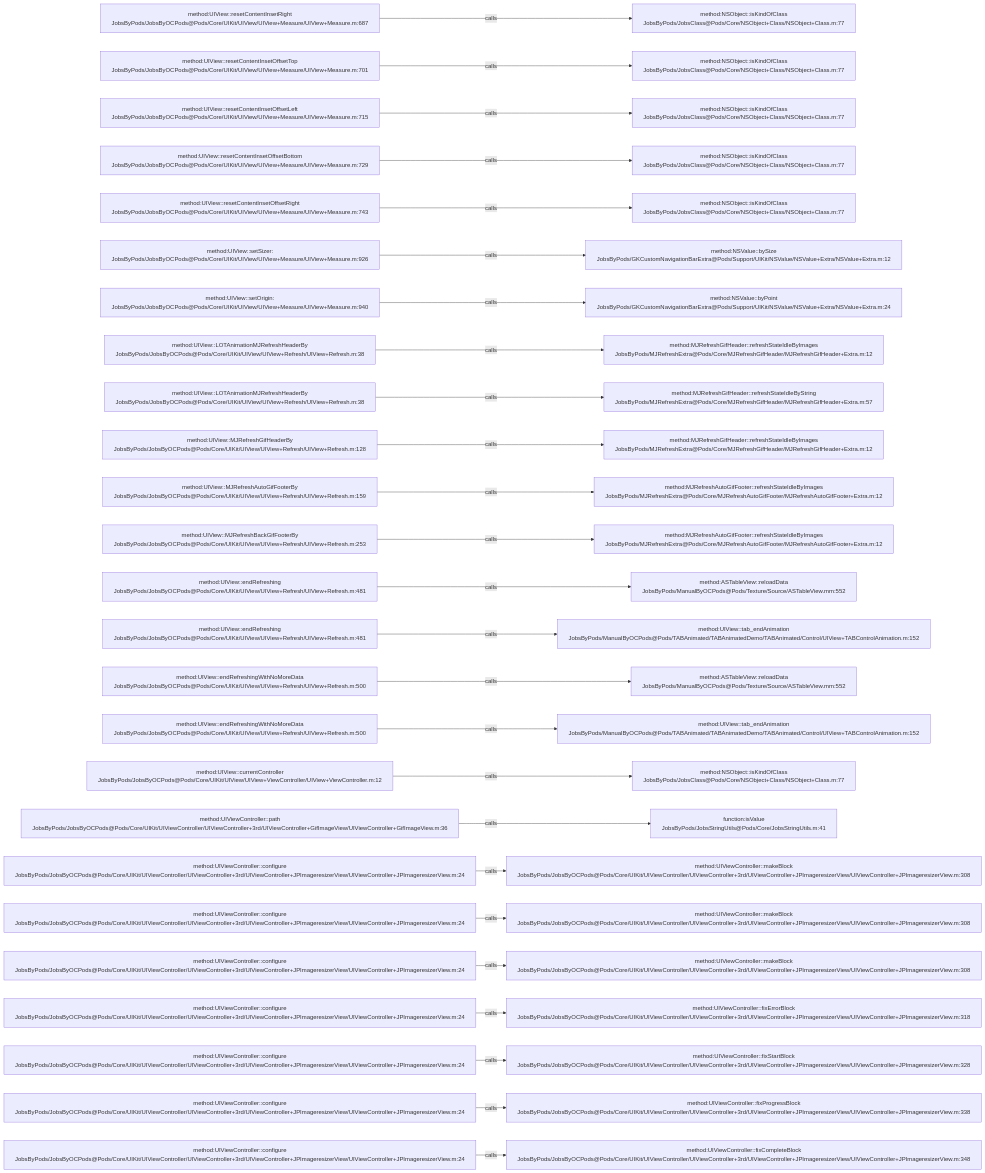
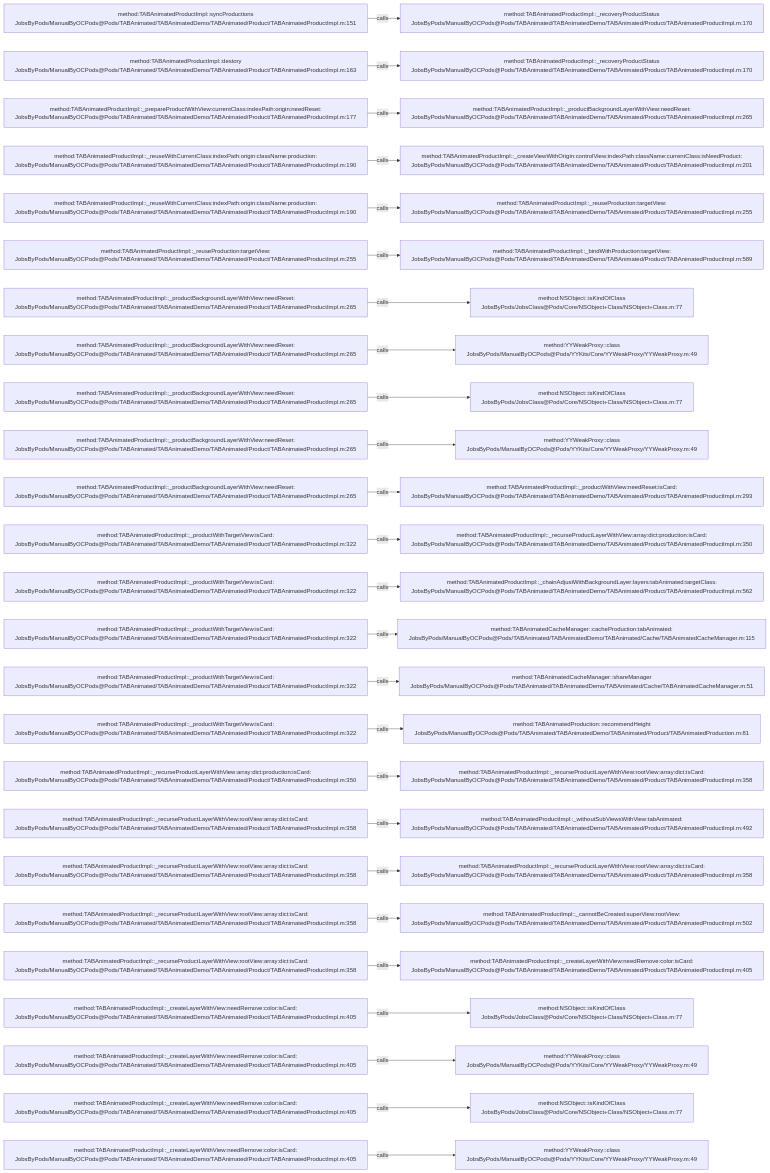
The diagram in .codegraph/codegraph.md/graphs/calls-043.md (JobsKits/JobsOCBaseConfigDemo), drawn with Mermaid before and after one commit. The commit also changed 2162 other files, not shown here.

````diff
--- a/.codegraph/codegraph.md/graphs/calls-043.md
+++ b/.codegraph/codegraph.md/graphs/calls-043.md
@@ -13,78 +13,78 @@
 ```mermaid
 flowchart LR
-  S1["method:UIView::resetContentInsetRight<br/>JobsByPods/JobsByOCPods@Pods/Core/UIKit/UIView/UIView+Measure/UIView+Measure.m:687"]
-  T1["method:NSObject::isKindOfClass<br/>JobsByPods/JobsClass@Pods/Core/NSObject+Class/NSObject+Class.m:77"]
+  S1["method:TABAnimatedProductImpl::syncProductions<br/>JobsByPods/ManualByOCPods@Pods/TABAnimated/TABAnimatedDemo/TABAnimated/Product/TABAnimatedProductImpl.m:151"]
+  T1["method:TABAnimatedProductImpl::_recoveryProductStatus<br/>JobsByPods/ManualByOCPods@Pods/TABAnimated/TABAnimatedDemo/TABAnimated/Product/TABAnimatedProductImpl.m:170"]
   S1 -->|calls| T1
-  S2["method:UIView::resetContentInsetOffsetTop<br/>JobsByPods/JobsByOCPods@Pods/Core/UIKit/UIView/UIView+Measure/UIView+Measure.m:701"]
-  T2["method:NSObject::isKindOfClass<br/>JobsByPods/JobsClass@Pods/Core/NSObject+Class/NSObject+Class.m:77"]
+  S2["method:TABAnimatedProductImpl::destory<br/>JobsByPods/ManualByOCPods@Pods/TABAnimated/TABAnimatedDemo/TABAnimated/Product/TABAnimatedProductImpl.m:163"]
+  T2["method:TABAnimatedProductImpl::_recoveryProductStatus<br/>JobsByPods/ManualByOCPods@Pods/TABAnimated/TABAnimatedDemo/TABAnimated/Product/TABAnimatedProductImpl.m:170"]
   S2 -->|calls| T2
-  S3["method:UIView::resetContentInsetOffsetLeft<br/>JobsByPods/JobsByOCPods@Pods/Core/UIKit/UIView/UIView+Measure/UIView+Measure.m:715"]
-  T3["method:NSObject::isKindOfClass<br/>JobsByPods/JobsClass@Pods/Core/NSObject+Class/NSObject+Class.m:77"]
+  S3["method:TABAnimatedProductImpl::_prepareProductWithView:currentClass:indexPath:origin:needReset:<br/>JobsByPods/ManualByOCPods@Pods/TABAnimated/TABAnimatedDemo/TABAnimated/Product/TABAnimatedProductImpl.m:177"]
+  T3["method:TABAnimatedProductImpl::_productBackgroundLayerWithView:needReset:<br/>JobsByPods/ManualByOCPods@Pods/TABAnimated/TABAnimatedDemo/TABAnimated/Product/TABAnimatedProductImpl.m:265"]
   S3 -->|calls| T3
-  S4["method:UIView::resetContentInsetOffsetBottom<br/>JobsByPods/JobsByOCPods@Pods/Core/UIKit/UIView/UIView+Measure/UIView+Measure.m:729"]
-  T4["method:NSObject::isKindOfClass<br/>JobsByPods/JobsClass@Pods/Core/NSObject+Class/NSObject+Class.m:77"]
+  S4["method:TABAnimatedProductImpl::_reuseWithCurrentClass:indexPath:origin:className:production:<br/>JobsByPods/ManualByOCPods@Pods/TABAnimated/TABAnimatedDemo/TABAnimated/Product/TABAnimatedProductImpl.m:190"]
+  T4["method:TABAnimatedProductImpl::_createViewWithOrigin:controlView:indexPath:className:currentClass:isNeedProduct:<br/>JobsByPods/ManualByOCPods@Pods/TABAnimated/TABAnimatedDemo/TABAnimated/Product/TABAnimatedProductImpl.m:201"]
   S4 -->|calls| T4
-  S5["method:UIView::resetContentInsetOffsetRight<br/>JobsByPods/JobsByOCPods@Pods/Core/UIKit/UIView/UIView+Measure/UIView+Measure.m:743"]
-  T5["method:NSObject::isKindOfClass<br/>JobsByPods/JobsClass@Pods/Core/NSObject+Class/NSObject+Class.m:77"]
+  S5["method:TABAnimatedProductImpl::_reuseWithCurrentClass:indexPath:origin:className:production:<br/>JobsByPods/ManualByOCPods@Pods/TABAnimated/TABAnimatedDemo/TABAnimated/Product/TABAnimatedProductImpl.m:190"]
+  T5["method:TABAnimatedProductImpl::_reuseProduction:targetView:<br/>JobsByPods/ManualByOCPods@Pods/TABAnimated/TABAnimatedDemo/TABAnimated/Product/TABAnimatedProductImpl.m:255"]
   S5 -->|calls| T5
-  S6["method:UIView::setSizer:<br/>JobsByPods/JobsByOCPods@Pods/Core/UIKit/UIView/UIView+Measure/UIView+Measure.m:926"]
-  T6["method:NSValue::bySize<br/>JobsByPods/GKCustomNavigationBarExtra@Pods/Support/UIKit/NSValue/NSValue+Extra/NSValue+Extra.m:12"]
+  S6["method:TABAnimatedProductImpl::_reuseProduction:targetView:<br/>JobsByPods/ManualByOCPods@Pods/TABAnimated/TABAnimatedDemo/TABAnimated/Product/TABAnimatedProductImpl.m:255"]
+  T6["method:TABAnimatedProductImpl::_bindWithProduction:targetView:<br/>JobsByPods/ManualByOCPods@Pods/TABAnimated/TABAnimatedDemo/TABAnimated/Product/TABAnimatedProductImpl.m:589"]
   S6 -->|calls| T6
-  S7["method:UIView::setOrigin:<br/>JobsByPods/JobsByOCPods@Pods/Core/UIKit/UIView/UIView+Measure/UIView+Measure.m:940"]
-  T7["method:NSValue::byPoint<br/>JobsByPods/GKCustomNavigationBarExtra@Pods/Support/UIKit/NSValue/NSValue+Extra/NSValue+Extra.m:24"]
+  S7["method:TABAnimatedProductImpl::_productBackgroundLayerWithView:needReset:<br/>JobsByPods/ManualByOCPods@Pods/TABAnimated/TABAnimatedDemo/TABAnimated/Product/TABAnimatedProductImpl.m:265"]
+  T7["method:NSObject::isKindOfClass<br/>JobsByPods/JobsClass@Pods/Core/NSObject+Class/NSObject+Class.m:77"]
   S7 -->|calls| T7
-  S8["method:UIView::LOTAnimationMJRefreshHeaderBy<br/>JobsByPods/JobsByOCPods@Pods/Core/UIKit/UIView/UIView+Refresh/UIView+Refresh.m:38"]
-  T8["method:MJRefreshGifHeader::refreshStateIdleByImages<br/>JobsByPods/MJRefreshExtra@Pods/Core/MJRefreshGifHeader/MJRefreshGifHeader+Extra.m:12"]
+  S8["method:TABAnimatedProductImpl::_productBackgroundLayerWithView:needReset:<br/>JobsByPods/ManualByOCPods@Pods/TABAnimated/TABAnimatedDemo/TABAnimated/Product/TABAnimatedProductImpl.m:265"]
+  T8["method:YYWeakProxy::class<br/>JobsByPods/ManualByOCPods@Pods/YYKits/Core/YYWeakProxy/YYWeakProxy.m:49"]
   S8 -->|calls| T8
-  S9["method:UIView::LOTAnimationMJRefreshHeaderBy<br/>JobsByPods/JobsByOCPods@Pods/Core/UIKit/UIView/UIView+Refresh/UIView+Refresh.m:38"]
-  T9["method:MJRefreshGifHeader::refreshStateIdleByString<br/>JobsByPods/MJRefreshExtra@Pods/Core/MJRefreshGifHeader/MJRefreshGifHeader+Extra.m:57"]
+  S9["method:TABAnimatedProductImpl::_productBackgroundLayerWithView:needReset:<br/>JobsByPods/ManualByOCPods@Pods/TABAnimated/TABAnimatedDemo/TABAnimated/Product/TABAnimatedProductImpl.m:265"]
+  T9["method:NSObject::isKindOfClass<br/>JobsByPods/JobsClass@Pods/Core/NSObject+Class/NSObject+Class.m:77"]
   S9 -->|calls| T9
-  S10["method:UIView::MJRefreshGifHeaderBy<br/>JobsByPods/JobsByOCPods@Pods/Core/UIKit/UIView/UIView+Refresh/UIView+Refresh.m:128"]
-  T10["method:MJRefreshGifHeader::refreshStateIdleByImages<br/>JobsByPods/MJRefreshExtra@Pods/Core/MJRefreshGifHeader/MJRefreshGifHeader+Extra.m:12"]
+  S10["method:TABAnimatedProductImpl::_productBackgroundLayerWithView:needReset:<br/>JobsByPods/ManualByOCPods@Pods/TABAnimated/TABAnimatedDemo/TABAnimated/Product/TABAnimatedProductImpl.m:265"]
+  T10["method:YYWeakProxy::class<br/>JobsByPods/ManualByOCPods@Pods/YYKits/Core/YYWeakProxy/YYWeakProxy.m:49"]
   S10 -->|calls| T10
-  S11["method:UIView::MJRefreshAutoGifFooterBy<br/>JobsByPods/JobsByOCPods@Pods/Core/UIKit/UIView/UIView+Refresh/UIView+Refresh.m:159"]
-  T11["method:MJRefreshAutoGifFooter::refreshStateIdleByImages<br/>JobsByPods/MJRefreshExtra@Pods/Core/MJRefreshAutoGifFooter/MJRefreshAutoGifFooter+Extra.m:12"]
+  S11["method:TABAnimatedProductImpl::_productBackgroundLayerWithView:needReset:<br/>JobsByPods/ManualByOCPods@Pods/TABAnimated/TABAnimatedDemo/TABAnimated/Product/TABAnimatedProductImpl.m:265"]
+  T11["method:TABAnimatedProductImpl::_productWithView:needReset:isCard:<br/>JobsByPods/ManualByOCPods@Pods/TABAnimated/TABAnimatedDemo/TABAnimated/Product/TABAnimatedProductImpl.m:293"]
   S11 -->|calls| T11
-  S12["method:UIView::MJRefreshBackGifFooterBy<br/>JobsByPods/JobsByOCPods@Pods/Core/UIKit/UIView/UIView+Refresh/UIView+Refresh.m:253"]
-  T12["method:MJRefreshAutoGifFooter::refreshStateIdleByImages<br/>JobsByPods/MJRefreshExtra@Pods/Core/MJRefreshAutoGifFooter/MJRefreshAutoGifFooter+Extra.m:12"]
+  S12["method:TABAnimatedProductImpl::_productWithTargetView:isCard:<br/>JobsByPods/ManualByOCPods@Pods/TABAnimated/TABAnimatedDemo/TABAnimated/Product/TABAnimatedProductImpl.m:322"]
+  T12["method:TABAnimatedProductImpl::_recurseProductLayerWithView:array:dict:production:isCard:<br/>JobsByPods/ManualByOCPods@Pods/TABAnimated/TABAnimatedDemo/TABAnimated/Product/TABAnimatedProductImpl.m:350"]
   S12 -->|calls| T12
-  S13["method:UIView::endRefreshing<br/>JobsByPods/JobsByOCPods@Pods/Core/UIKit/UIView/UIView+Refresh/UIView+Refresh.m:481"]
-  T13["method:ASTableView::reloadData<br/>JobsByPods/ManualByOCPods@Pods/Texture/Source/ASTableView.mm:552"]
+  S13["method:TABAnimatedProductImpl::_productWithTargetView:isCard:<br/>JobsByPods/ManualByOCPods@Pods/TABAnimated/TABAnimatedDemo/TABAnimated/Product/TABAnimatedProductImpl.m:322"]
+  T13["method:TABAnimatedProductImpl::_chainAdjustWithBackgroundLayer:layers:tabAnimated:targetClass:<br/>JobsByPods/ManualByOCPods@Pods/TABAnimated/TABAnimatedDemo/TABAnimated/Product/TABAnimatedProductImpl.m:562"]
   S13 -->|calls| T13
-  S14["method:UIView::endRefreshing<br/>JobsByPods/JobsByOCPods@Pods/Core/UIKit/UIView/UIView+Refresh/UIView+Refresh.m:481"]
-  T14["method:UIView::tab_endAnimation<br/>JobsByPods/ManualByOCPods@Pods/TABAnimated/TABAnimatedDemo/TABAnimated/Control/UIView+TABControlAnimation.m:152"]
+  S14["method:TABAnimatedProductImpl::_productWithTargetView:isCard:<br/>JobsByPods/ManualByOCPods@Pods/TABAnimated/TABAnimatedDemo/TABAnimated/Product/TABAnimatedProductImpl.m:322"]
+  T14["method:TABAnimatedCacheManager::cacheProduction:tabAnimated:<br/>JobsByPods/ManualByOCPods@Pods/TABAnimated/TABAnimatedDemo/TABAnimated/Cache/TABAnimatedCacheManager.m:115"]
   S14 -->|calls| T14
-  S15["method:UIView::endRefreshingWithNoMoreData<br/>JobsByPods/JobsByOCPods@Pods/Core/UIKit/UIView/UIView+Refresh/UIView+Refresh.m:500"]
-  T15["method:ASTableView::reloadData<br/>JobsByPods/ManualByOCPods@Pods/Texture/Source/ASTableView.mm:552"]
+  S15["method:TABAnimatedProductImpl::_productWithTargetView:isCard:<br/>JobsByPods/ManualByOCPods@Pods/TABAnimated/TABAnimatedDemo/TABAnimated/Product/TABAnimatedProductImpl.m:322"]
+  T15["method:TABAnimatedCacheManager::shareManager<br/>JobsByPods/ManualByOCPods@Pods/TABAnimated/TABAnimatedDemo/TABAnimated/Cache/TABAnimatedCacheManager.m:51"]
   S15 -->|calls| T15
-  S16["method:UIView::endRefreshingWithNoMoreData<br/>JobsByPods/JobsByOCPods@Pods/Core/UIKit/UIView/UIView+Refresh/UIView+Refresh.m:500"]
-  T16["method:UIView::tab_endAnimation<br/>JobsByPods/ManualByOCPods@Pods/TABAnimated/TABAnimatedDemo/TABAnimated/Control/UIView+TABControlAnimation.m:152"]
+  S16["method:TABAnimatedProductImpl::_productWithTargetView:isCard:<br/>JobsByPods/ManualByOCPods@Pods/TABAnimated/TABAnimatedDemo/TABAnimated/Product/TABAnimatedProductImpl.m:322"]
+  T16["method:TABAnimatedProduction::recommendHeight<br/>JobsByPods/ManualByOCPods@Pods/TABAnimated/TABAnimatedDemo/TABAnimated/Product/TABAnimatedProduction.m:81"]
   S16 -->|calls| T16
-  S17["method:UIView::currentController<br/>JobsByPods/JobsByOCPods@Pods/Core/UIKit/UIView/UIView+ViewController/UIView+ViewController.m:12"]
-  T17["method:NSObject::isKindOfClass<br/>JobsByPods/JobsClass@Pods/Core/NSObject+Class/NSObject+Class.m:77"]
+  S17["method:TABAnimatedProductImpl::_recurseProductLayerWithView:array:dict:production:isCard:<br/>JobsByPods/ManualByOCPods@Pods/TABAnimated/TABAnimatedDemo/TABAnimated/Product/TABAnimatedProductImpl.m:350"]
+  T17["method:TABAnimatedProductImpl::_recurseProductLayerWithView:rootView:array:dict:isCard:<br/>JobsByPods/ManualByOCPods@Pods/TABAnimated/TABAnimatedDemo/TABAnimated/Product/TABAnimatedProductImpl.m:358"]
   S17 -->|calls| T17
-  S18["method:UIViewController::path<br/>JobsByPods/JobsByOCPods@Pods/Core/UIKit/UIViewController/UIViewController+3rd/UIViewController+GifImageView/UIViewController+GifImageView.m:36"]
-  T18["function:isValue<br/>JobsByPods/JobsStringUtils@Pods/Core/JobsStringUtils.m:41"]
+  S18["method:TABAnimatedProductImpl::_recurseProductLayerWithView:rootView:array:dict:isCard:<br/>JobsByPods/ManualByOCPods@Pods/TABAnimated/TABAnimatedDemo/TABAnimated/Product/TABAnimatedProductImpl.m:358"]
+  T18["method:TABAnimatedProductImpl::_withoutSubViewsWithView:tabAnimated:<br/>JobsByPods/ManualByOCPods@Pods/TABAnimated/TABAnimatedDemo/TABAnimated/Product/TABAnimatedProductImpl.m:492"]
   S18 -->|calls| T18
-  S19["method:UIViewController::configure<br/>JobsByPods/JobsByOCPods@Pods/Core/UIKit/UIViewController/UIViewController+3rd/UIViewController+JPImageresizerView/UIViewController+JPImageresizerView.m:24"]
-  T19["method:UIViewController::makeBlock<br/>JobsByPods/JobsByOCPods@Pods/Core/UIKit/UIViewController/UIViewController+3rd/UIViewController+JPImageresizerView/UIViewController+JPImageresizerView.m:308"]
+  S19["method:TABAnimatedProductImpl::_recurseProductLayerWithView:rootView:array:dict:isCard:<br/>JobsByPods/ManualByOCPods@Pods/TABAnimated/TABAnimatedDemo/TABAnimated/Product/TABAnimatedProductImpl.m:358"]
+  T19["method:TABAnimatedProductImpl::_recurseProductLayerWithView:rootView:array:dict:isCard:<br/>JobsByPods/ManualByOCPods@Pods/TABAnimated/TABAnimatedDemo/TABAnimated/Product/TABAnimatedProductImpl.m:358"]
   S19 -->|calls| T19
-  S20["method:UIViewController::configure<br/>JobsByPods/JobsByOCPods@Pods/Core/UIKit/UIViewController/UIViewController+3rd/UIViewController+JPImageresizerView/UIViewController+JPImageresizerView.m:24"]
-  T20["method:UIViewController::makeBlock<br/>JobsByPods/JobsByOCPods@Pods/Core/UIKit/UIViewController/UIViewController+3rd/UIViewController+JPImageresizerView/UIViewController+JPImageresizerView.m:308"]
+  S20["method:TABAnimatedProductImpl::_recurseProductLayerWithView:rootView:array:dict:isCard:<br/>JobsByPods/ManualByOCPods@Pods/TABAnimated/TABAnimatedDemo/TABAnimated/Product/TABAnimatedProductImpl.m:358"]
+  T20["method:TABAnimatedProductImpl::_cannotBeCreated:superView:rootView:<br/>JobsByPods/ManualByOCPods@Pods/TABAnimated/TABAnimatedDemo/TABAnimated/Product/TABAnimatedProductImpl.m:502"]
   S20 -->|calls| T20
-  S21["method:UIViewController::configure<br/>JobsByPods/JobsByOCPods@Pods/Core/UIKit/UIViewController/UIViewController+3rd/UIViewController+JPImageresizerView/UIViewController+JPImageresizerView.m:24"]
-  T21["method:UIViewController::makeBlock<br/>JobsByPods/JobsByOCPods@Pods/Core/UIKit/UIViewController/UIViewController+3rd/UIViewController+JPImageresizerView/UIViewController+JPImageresizerView.m:308"]
+  S21["method:TABAnimatedProductImpl::_recurseProductLayerWithView:rootView:array:dict:isCard:<br/>JobsByPods/ManualByOCPods@Pods/TABAnimated/TABAnimatedDemo/TABAnimated/Product/TABAnimatedProductImpl.m:358"]
+  T21["method:TABAnimatedProductImpl::_createLayerWithView:needRemove:color:isCard:<br/>JobsByPods/ManualByOCPods@Pods/TABAnimated/TABAnimatedDemo/TABAnimated/Product/TABAnimatedProductImpl.m:405"]
   S21 -->|calls| T21
-  S22["method:UIViewController::configure<br/>JobsByPods/JobsByOCPods@Pods/Core/UIKit/UIViewController/UIViewController+3rd/UIViewController+JPImageresizerView/UIViewController+JPImageresizerView.m:24"]
-  T22["method:UIViewController::fixErrorBlock<br/>JobsByPods/JobsByOCPods@Pods/Core/UIKit/UIViewController/UIViewController+3rd/UIViewController+JPImageresizerView/UIViewController+JPImageresizerView.m:318"]
+  S22["method:TABAnimatedProductImpl::_createLayerWithView:needRemove:color:isCard:<br/>JobsByPods/ManualByOCPods@Pods/TABAnimated/TABAnimatedDemo/TABAnimated/Product/TABAnimatedProductImpl.m:405"]
+  T22["method:NSObject::isKindOfClass<br/>JobsByPods/JobsClass@Pods/Core/NSObject+Class/NSObject+Class.m:77"]
   S22 -->|calls| T22
-  S23["method:UIViewController::configure<br/>JobsByPods/JobsByOCPods@Pods/Core/UIKit/UIViewController/UIViewController+3rd/UIViewController+JPImageresizerView/UIViewController+JPImageresizerView.m:24"]
-  T23["method:UIViewController::fixStartBlock<br/>JobsByPods/JobsByOCPods@Pods/Core/UIKit/UIViewController/UIViewController+3rd/UIViewController+JPImageresizerView/UIViewController+JPImageresizerView.m:328"]
+  S23["method:TABAnimatedProductImpl::_createLayerWithView:needRemove:color:isCard:<br/>JobsByPods/ManualByOCPods@Pods/TABAnimated/TABAnimatedDemo/TABAnimated/Product/TABAnimatedProductImpl.m:405"]
+  T23["method:YYWeakProxy::class<br/>JobsByPods/ManualByOCPods@Pods/YYKits/Core/YYWeakProxy/YYWeakProxy.m:49"]
   S23 -->|calls| T23
-  S24["method:UIViewController::configure<br/>JobsByPods/JobsByOCPods@Pods/Core/UIKit/UIViewController/UIViewController+3rd/UIViewController+JPImageresizerView/UIViewController+JPImageresizerView.m:24"]
-  T24["method:UIViewController::fixProgressBlock<br/>JobsByPods/JobsByOCPods@Pods/Core/UIKit/UIViewController/UIViewController+3rd/UIViewController+JPImageresizerView/UIViewController+JPImageresizerView.m:338"]
+  S24["method:TABAnimatedProductImpl::_createLayerWithView:needRemove:color:isCard:<br/>JobsByPods/ManualByOCPods@Pods/TABAnimated/TABAnimatedDemo/TABAnimated/Product/TABAnimatedProductImpl.m:405"]
+  T24["method:NSObject::isKindOfClass<br/>JobsByPods/JobsClass@Pods/Core/NSObject+Class/NSObject+Class.m:77"]
   S24 -->|calls| T24
-  S25["method:UIViewController::configure<br/>JobsByPods/JobsByOCPods@Pods/Core/UIKit/UIViewController/UIViewController+3rd/UIViewController+JPImageresizerView/UIViewController+JPImageresizerView.m:24"]
-  T25["method:UIViewController::fixCompleteBlock<br/>JobsByPods/JobsByOCPods@Pods/Core/UIKit/UIViewController/UIViewController+3rd/UIViewController+JPImageresizerView/UIViewController+JPImageresizerView.m:348"]
+  S25["method:TABAnimatedProductImpl::_createLayerWithView:needRemove:color:isCard:<br/>JobsByPods/ManualByOCPods@Pods/TABAnimated/TABAnimatedDemo/TABAnimated/Product/TABAnimatedProductImpl.m:405"]
+  T25["method:YYWeakProxy::class<br/>JobsByPods/ManualByOCPods@Pods/YYKits/Core/YYWeakProxy/YYWeakProxy.m:49"]
   S25 -->|calls| T25
 ```
````
